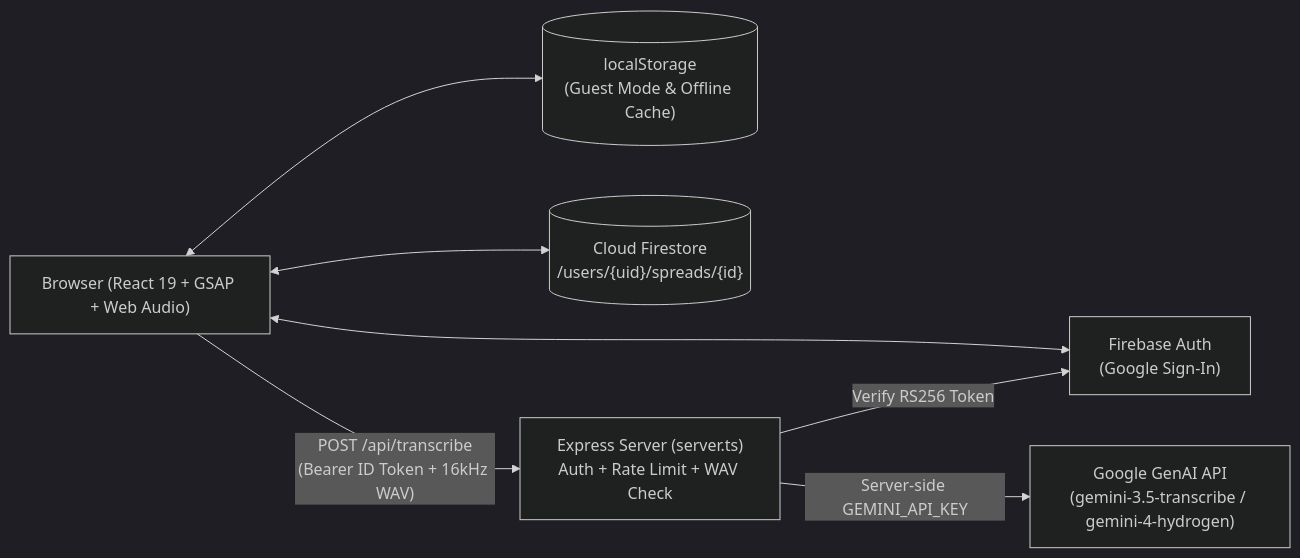
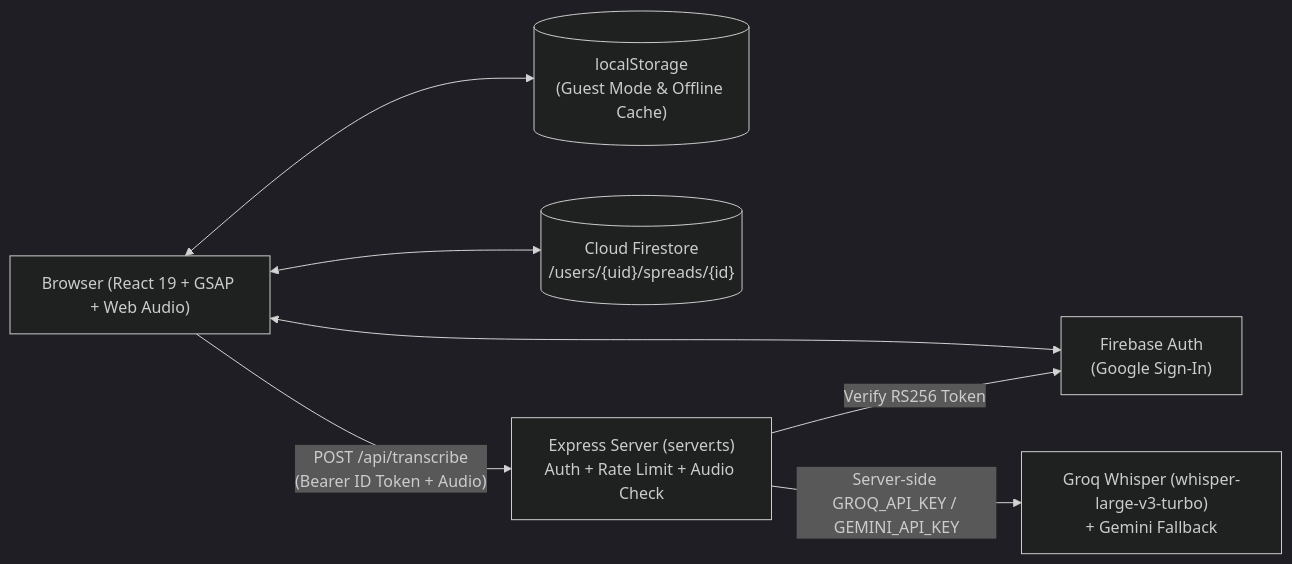
Before and after one commit to ArnavPoswal15/Folio: the first of 2 diagrams in README.md, drawn with Mermaid (dark theme). The commit also changed other lines of this file and 7 other files, not shown here.

First line of the commit message:
feat(voice): integrate Groq Whisper for transcription

````diff
--- a/README.md
+++ b/README.md
@@ -23,16 +23,16 @@
 ```mermaid
 flowchart LR
   Browser["Browser (React 19 + GSAP + Web Audio)"]
   LocalStore[("localStorage\n(Guest Mode & Offline Cache)")]
   FirebaseAuth["Firebase Auth\n(Google Sign-In)"]
   Firestore[("Cloud Firestore\n/users/{uid}/spreads/{id}")]
-  Express["Express Server (server.ts)\nAuth + Rate Limit + WAV Check"]
-  Gemini["Google GenAI API\n(gemini-3.5-transcribe / gemini-4-hydrogen)"]
+  Express["Express Server (server.ts)\nAuth + Rate Limit + Audio Check"]
+  STT["Groq Whisper (whisper-large-v3-turbo)\n+ Gemini Fallback"]
 
   Browser <--> LocalStore
   Browser <--> FirebaseAuth
   Browser <--> Firestore
-  Browser -- "POST /api/transcribe\n(Bearer ID Token + 16kHz WAV)" --> Express
+  Browser -- "POST /api/transcribe\n(Bearer ID Token + Audio)" --> Express
   Express -- "Verify RS256 Token" --> FirebaseAuth
-  Express -- "Server-side GEMINI_API_KEY" --> Gemini
+  Express -- "Server-side GROQ_API_KEY / GEMINI_API_KEY" --> STT
 ```
````
